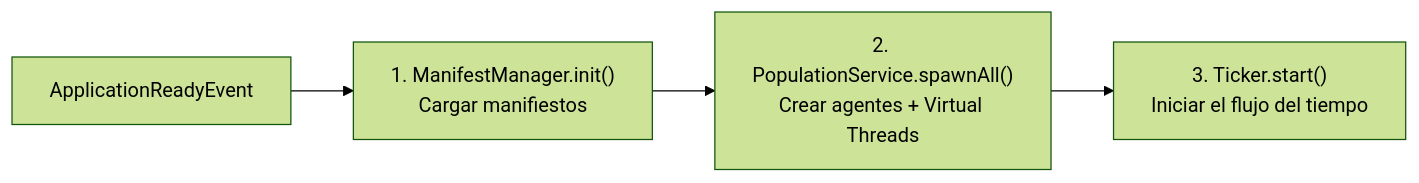
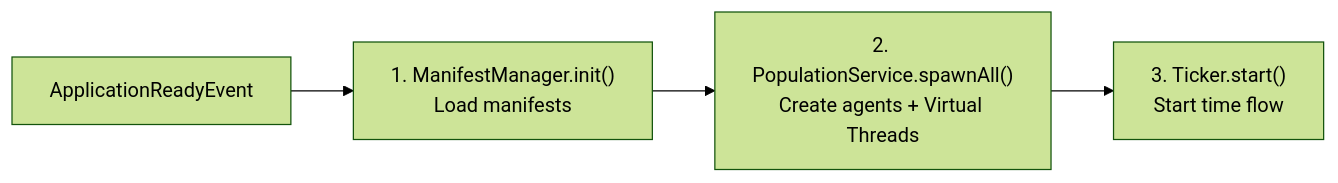
The fifth of 5 diagrams in docs/ARCHITECTURE.md (alexpicode/caosmos), drawn with Mermaid (forest theme) before and after one commit. The commit also changed other lines of this file and 3 other files, not shown here.

````diff
--- a/docs/ARCHITECTURE.md
+++ b/docs/ARCHITECTURE.md
@@ -342,6 +478,6 @@
 ```mermaid
 graph LR
-    A["ApplicationReadyEvent"] --> B["1. ManifestManager.init()<br/>Cargar manifiestos"]
-    B --> C["2. PopulationService.spawnAll()<br/>Crear agentes + Virtual Threads"]
-    C --> D["3. Ticker.start()<br/>Iniciar el flujo del tiempo"]
+    A["ApplicationReadyEvent"] --> B["1. ManifestManager.init()<br/>Load manifests"]
+    B --> C["2. PopulationService.spawnAll()<br/>Create agents + Virtual Threads"]
+    C --> D["3. Ticker.start()<br/>Start time flow"]
 ```
````
